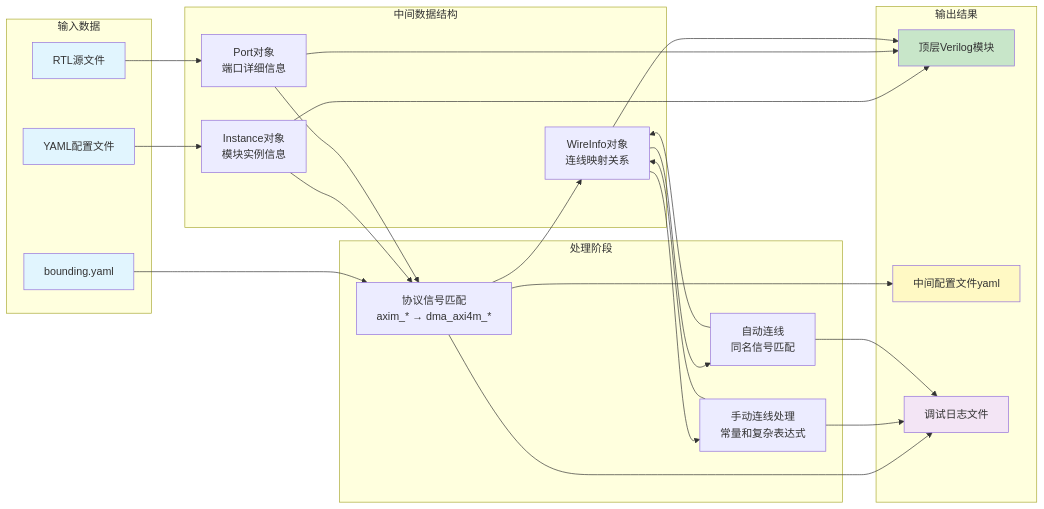
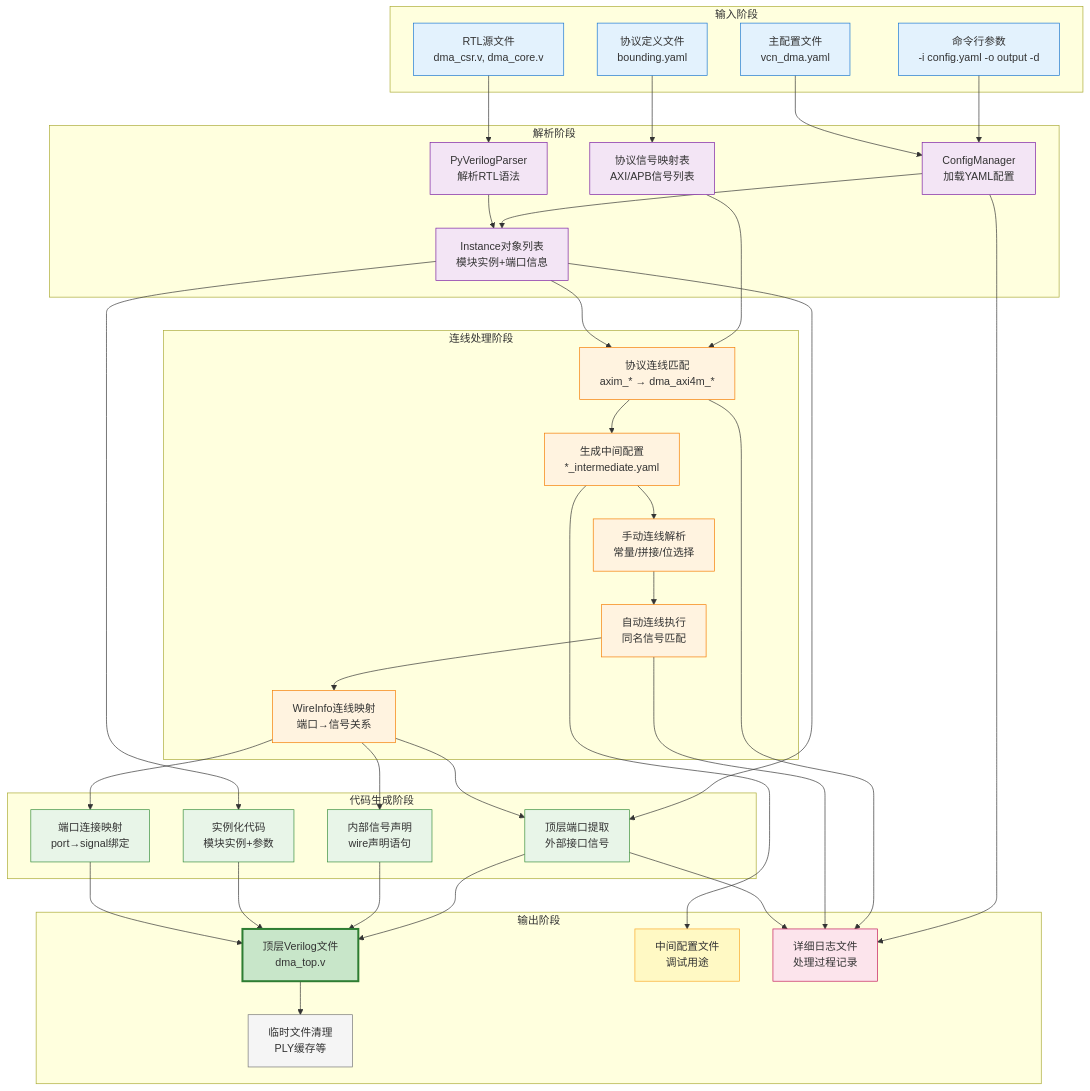
The third of 3 diagrams in README.md (czz-zzc/autowire), drawn with Mermaid before and after one commit. The commit also changed other lines of this file, not shown here.

````diff
--- a/README.md
+++ b/README.md
@@ -269,56 +354,100 @@
 ```mermaid
-flowchart LR
-    subgraph "输入数据"
-        A1[YAML配置文件]
-        A2[bounding.yaml]
-        A3[RTL源文件]
+flowchart TD
+    subgraph "输入阶段"
+        A1[命令行参数<br/>-i config.yaml -o output -d]
+        A2[主配置文件<br/>vcn_dma.yaml]
+        A3[协议定义文件<br/>bounding.yaml]
+        A4[RTL源文件<br/>dma_csr.v, dma_core.v]
     end
     
-    subgraph "中间数据结构"
-        B1[Instance对象<br/>模块实例信息]
-        B2[Port对象<br/>端口详细信息]
-        B3[WireInfo对象<br/>连线映射关系]
+    subgraph "解析阶段"
+        B1[ConfigManager<br/>加载YAML配置]
+        B2[PyVerilogParser<br/>解析RTL语法]
+        B3[协议信号映射表<br/>AXI/APB信号列表]
+        B4[Instance对象列表<br/>模块实例+端口信息]
     end
     
-    subgraph "处理阶段"
-        C1[协议信号匹配<br/>axim_* → dma_axi4m_*]
-        C2[手动连线处理<br/>常量和复杂表达式]
-        C3[自动连线<br/>同名信号匹配]
+    subgraph "连线处理阶段"
+        C1[协议连线匹配<br/>axim_* → dma_axi4m_*]
+        C2[生成中间配置<br/>*_intermediate.yaml]
+        C3[手动连线解析<br/>常量/拼接/位选择]
+        C4[自动连线执行<br/>同名信号匹配]
+        C5[WireInfo连线映射<br/>端口→信号关系]
     end
     
-    subgraph "输出结果"
-        D1[顶层Verilog模块]
-        D2[中间配置文件yaml]
-        D3[调试日志文件]
+    subgraph "代码生成阶段"
+        D1[顶层端口提取<br/>外部接口信号]
+        D2[内部信号声明<br/>wire声明语句]
+        D3[实例化代码<br/>模块实例+参数]
+        D4[端口连接映射<br/>port→signal绑定]
     end
     
+    subgraph "输出阶段"
+        E1[顶层Verilog文件<br/>dma_top.v]
+        E2[中间配置文件<br/>调试用途]
+        E3[详细日志文件<br/>处理过程记录]
+        E4[临时文件清理<br/>PLY缓存等]
+    end
+    
+    %% 数据流向连接
     A1 --> B1
-    A2 --> C1
-    A3 --> B2
+    A2 --> B1
+    A3 --> B3
+    A4 --> B2
     
-    B1 --> C1
-    B2 --> C1
-    C1 --> B3
+    B1 --> B4
+    B2 --> B4
+    B3 --> C1
+    B4 --> C1
     
-    B3 --> C2
-    C2 --> B3
+    C1 --> C2
+    C2 --> C3
+    C3 --> C4
+    C4 --> C5
     
-    B3 --> C3
-    C3 --> B3
+    B4 --> D1
+    C5 --> D1
+    C5 --> D2
+    B4 --> D3
+    C5 --> D4
     
-    B1 --> D1
-    B2 --> D1  
-    B3 --> D1
+    D1 --> E1
+    D2 --> E1
+    D3 --> E1
+    D4 --> E1
     
-    C1 --> D2
-    C1 --> D3
-    C2 --> D3
-    C3 --> D3
+    C2 --> E2
+    B1 --> E3
+    C1 --> E3
+    C4 --> E3
+    D1 --> E3
     
-    style A1 fill:#e1f5fe
-    style A2 fill:#e1f5fe
-    style A3 fill:#e1f5fe
-    style D1 fill:#c8e6c9
-    style D2 fill:#fff9c4
-    style D3 fill:#f3e5f5
+    E1 --> E4
+    
+    %% 样式定义
+    style A1 fill:#e3f2fd,stroke:#1976d2
+    style A2 fill:#e3f2fd,stroke:#1976d2
+    style A3 fill:#e3f2fd,stroke:#1976d2
+    style A4 fill:#e3f2fd,stroke:#1976d2
+    
+    style B1 fill:#f3e5f5,stroke:#7b1fa2
+    style B2 fill:#f3e5f5,stroke:#7b1fa2
+    style B3 fill:#f3e5f5,stroke:#7b1fa2
+    style B4 fill:#f3e5f5,stroke:#7b1fa2
+    
+    style C1 fill:#fff3e0,stroke:#f57c00
+    style C2 fill:#fff3e0,stroke:#f57c00
+    style C3 fill:#fff3e0,stroke:#f57c00
+    style C4 fill:#fff3e0,stroke:#f57c00
+    style C5 fill:#fff3e0,stroke:#f57c00
+    
+    style D1 fill:#e8f5e8,stroke:#388e3c
+    style D2 fill:#e8f5e8,stroke:#388e3c
+    style D3 fill:#e8f5e8,stroke:#388e3c
+    style D4 fill:#e8f5e8,stroke:#388e3c
+    
+    style E1 fill:#c8e6c9,stroke:#2e7d32,stroke-width:3px
+    style E2 fill:#fff9c4,stroke:#f9a825
+    style E3 fill:#fce4ec,stroke:#c2185b
+    style E4 fill:#f5f5f5,stroke:#757575
 ```
````
